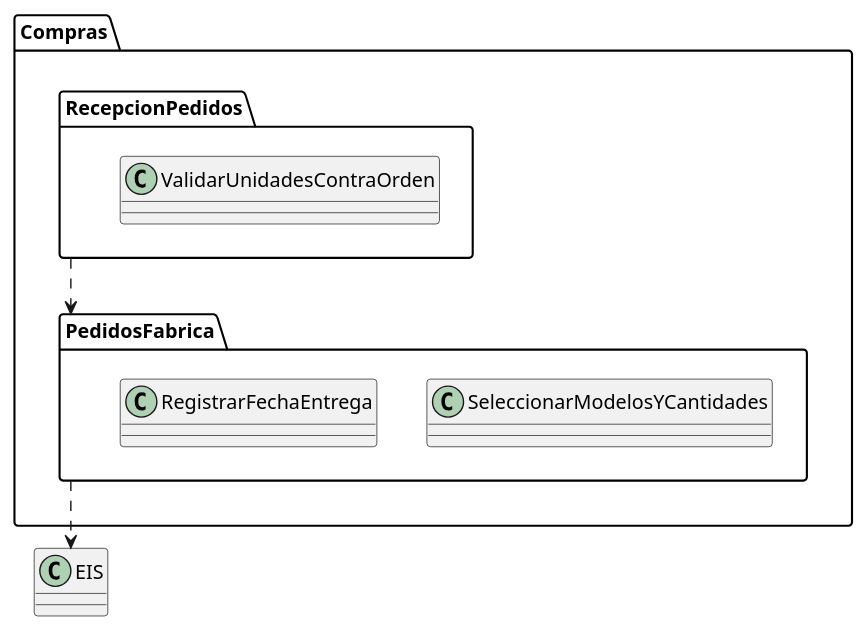
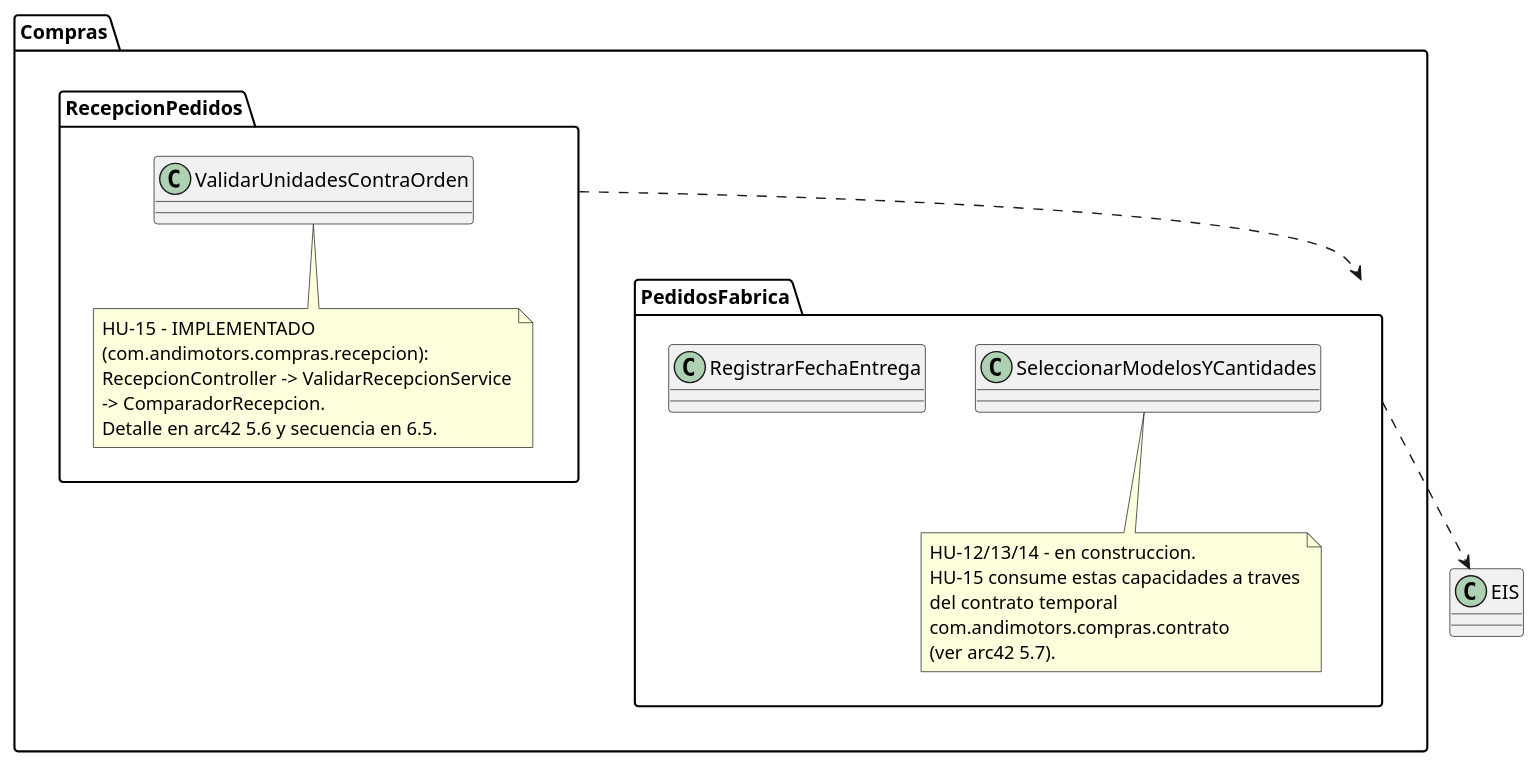
The diagram in docs/diagramas/plantuml/diagrama_paquetes_compras.plantuml (hannakathe/motos-erp), drawn with PlantUML before and after one commit. The commit also changed 6 other files, not shown here.

```diff
--- a/docs/diagramas/plantuml/diagrama_paquetes_compras.plantuml
+++ b/docs/diagramas/plantuml/diagrama_paquetes_compras.plantuml
@@ -1,16 +1,30 @@
 @startuml
 package "Compras" {
 
   package "PedidosFabrica" {
     class SeleccionarModelosYCantidades
     class RegistrarFechaEntrega
+    note bottom of SeleccionarModelosYCantidades
+      HU-12/13/14 - en construccion.
+      HU-15 consume estas capacidades a traves
+      del contrato temporal
+      com.andimotors.compras.contrato
+      (ver arc42 5.7).
+    end note
   }
 
   package "RecepcionPedidos" {
     class ValidarUnidadesContraOrden
+    note bottom of ValidarUnidadesContraOrden
+      HU-15 - IMPLEMENTADO
+      (com.andimotors.compras.recepcion):
+      RecepcionController -> ValidarRecepcionService
+      -> ComparadorRecepcion.
+      Detalle en arc42 5.6 y secuencia en 6.5.
+    end note
   }
 }
 
 PedidosFabrica ..> "EIS"
 RecepcionPedidos ..> PedidosFabrica
 @enduml
```
